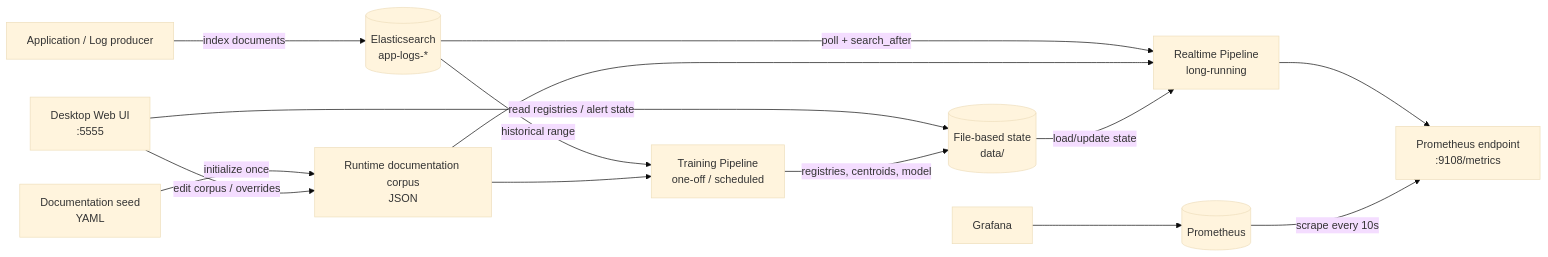
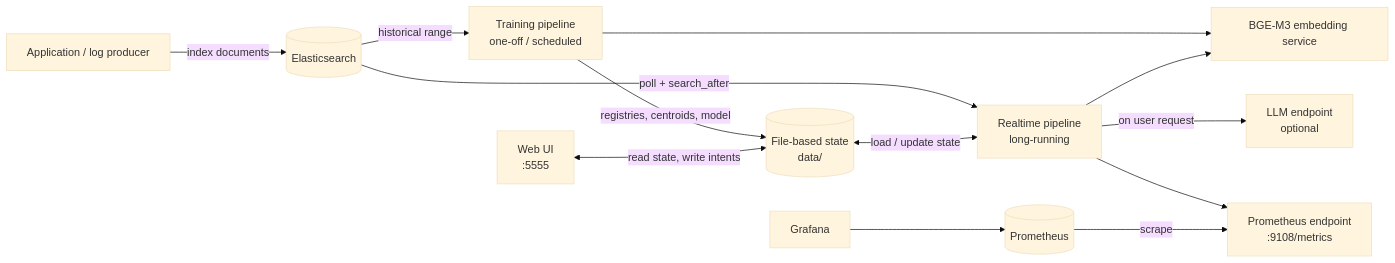
Before and after one commit to Cong123z/LogAi: the first of 4 diagrams in ARCHITECTURE.md, drawn with Mermaid (base theme). The commit also changed other lines of this file and 4 other files, not shown here.

Commit message:
Docs: rewrite ARCHITECTURE.md in English against current code, merge and drop ARCHITECTURE_GUIDE, fix stale WEB_UI/k8s docs

````diff
--- a/ARCHITECTURE.md
+++ b/ARCHITECTURE.md
@@ -32,28 +36,27 @@
 ```mermaid
 flowchart LR
-    APP[Application / Log producer]
-    ES[(Elasticsearch<br/>app-logs-*)]
-    TRAIN[Training Pipeline<br/>one-off / scheduled]
-    RT[Realtime Pipeline<br/>long-running]
+    APP[Application / log producer]
+    ES[(Elasticsearch)]
+    TRAIN[Training pipeline<br/>one-off / scheduled]
+    RT[Realtime pipeline<br/>long-running]
     DATA[(File-based state<br/>data/)]
-    WEB[Desktop Web UI<br/>:5555]
+    WEB[Web UI<br/>:5555]
     METRICS[Prometheus endpoint<br/>:9108/metrics]
     PROM[(Prometheus)]
     GRAF[Grafana]
-    SEED[Documentation seed<br/>YAML]
-    DOCS[Runtime documentation corpus<br/>JSON]
+    EMB[BGE-M3 embedding service]
+    LLM[LLM endpoint<br/>optional]
 
     APP -->|index documents| ES
     ES -->|historical range| TRAIN
     ES -->|poll + search_after| RT
-    SEED -->|initialize once| DOCS
-    WEB -->|edit corpus / overrides| DOCS
-    WEB -->|read registries / alert state| DATA
-    DOCS --> TRAIN
-    DOCS --> RT
+    TRAIN --> EMB
+    RT --> EMB
+    RT -->|on user request| LLM
     TRAIN -->|registries, centroids, model| DATA
-    DATA -->|load/update state| RT
+    DATA <-->|load / update state| RT
+    WEB <-->|read state, write intents| DATA
     RT --> METRICS
-    PROM -->|scrape every 10s| METRICS
+    PROM -->|scrape| METRICS
     GRAF --> PROM
 ```
````
